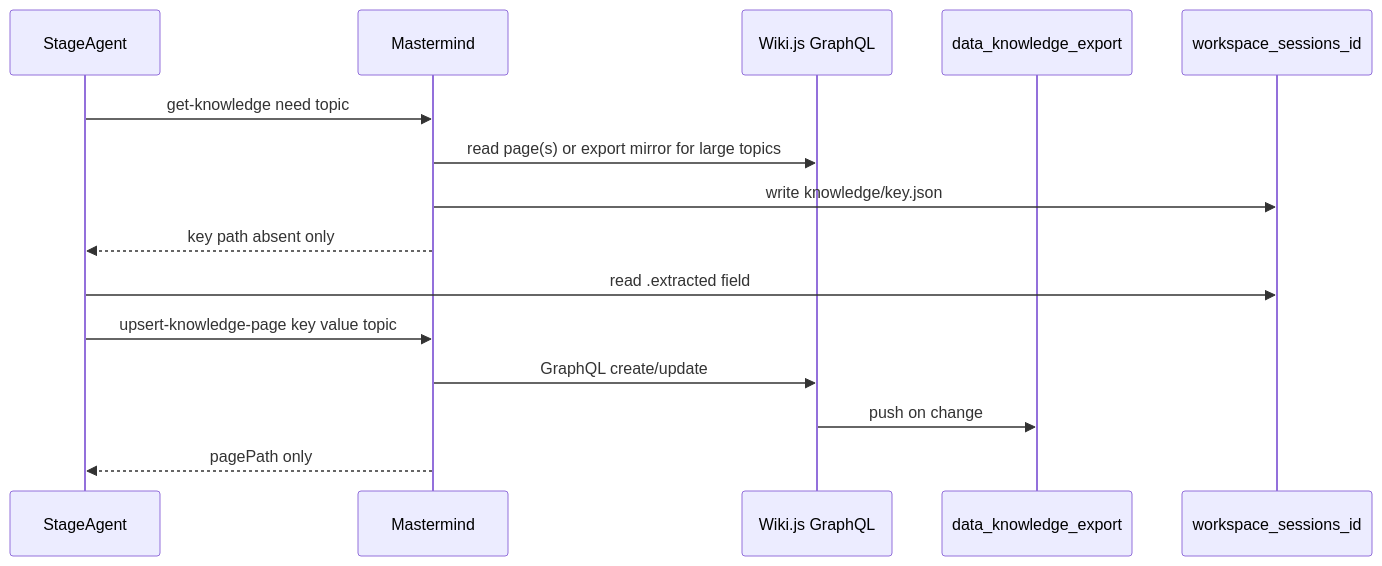
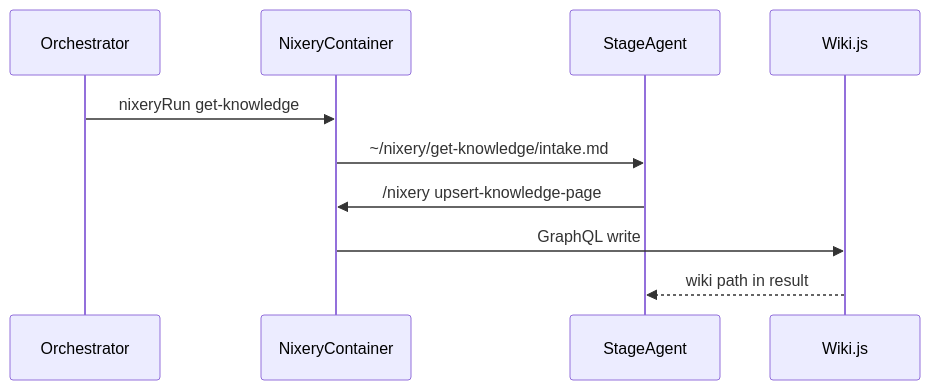
The first of 3 diagrams in README.md (Zay-Dev/project-yahl), drawn with Mermaid before and after one commit. The commit also changed other lines of this file and 53 other files, not shown here.

Commit message:
moved the mastermind design-questions, extract-info and research skill to server/nixery

````diff
--- a/README.md
+++ b/README.md
@@ -134,19 +136,13 @@
 ```mermaid
 sequenceDiagram
+  participant Orch as Orchestrator
+  participant Nix as NixeryContainer
   participant Agent as StageAgent
-  participant MM as Mastermind
-  participant Wiki as Wiki.js GraphQL
-  participant Export as data_knowledge_export
-  participant Scratch as workspace_sessions_id
+  participant Wiki as Wiki.js
 
-  Agent->>MM: get-knowledge need topic
-  MM->>Wiki: read page(s) or export mirror for large topics
-  MM->>Scratch: write knowledge/key.json
-  MM-->>Agent: key path absent only
-  Agent->>Scratch: read .extracted field
-
-  Agent->>MM: upsert-knowledge-page key value topic
-  MM->>Wiki: GraphQL create/update
-  Wiki->>Export: push on change
-  MM-->>Agent: pagePath only
+  Orch->>Nix: nixeryRun get-knowledge
+  Nix->>Agent: ~/nixery/get-knowledge/intake.md
+  Agent->>Nix: /nixery upsert-knowledge-page
+  Nix->>Wiki: GraphQL write
+  Wiki-->>Agent: wiki path in result
 ```
````
